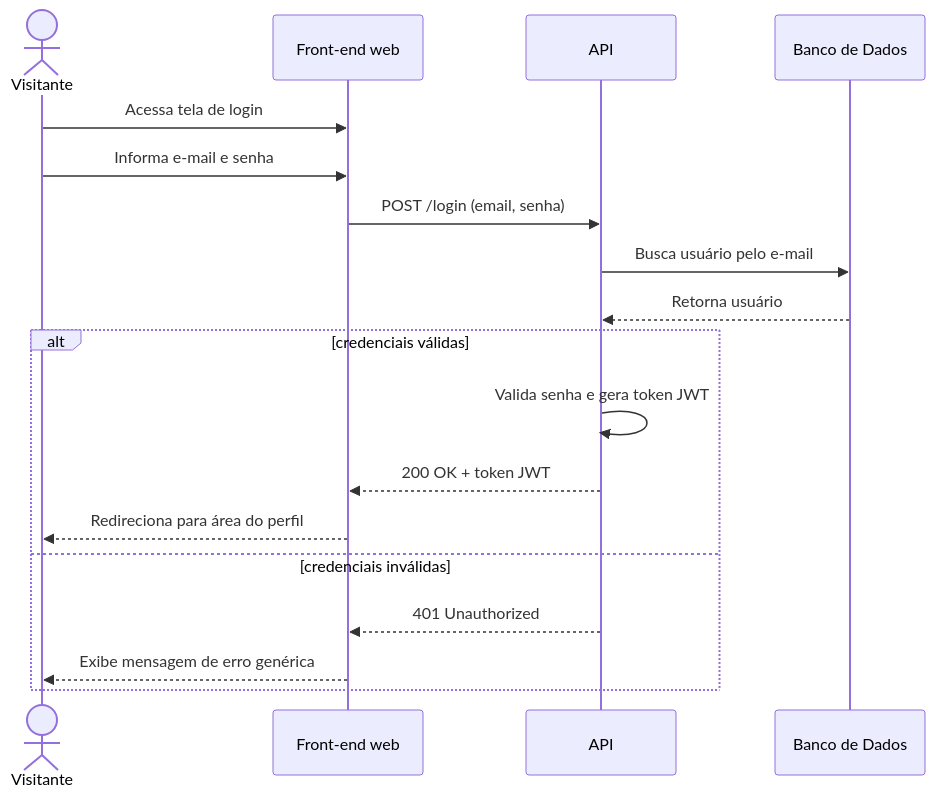
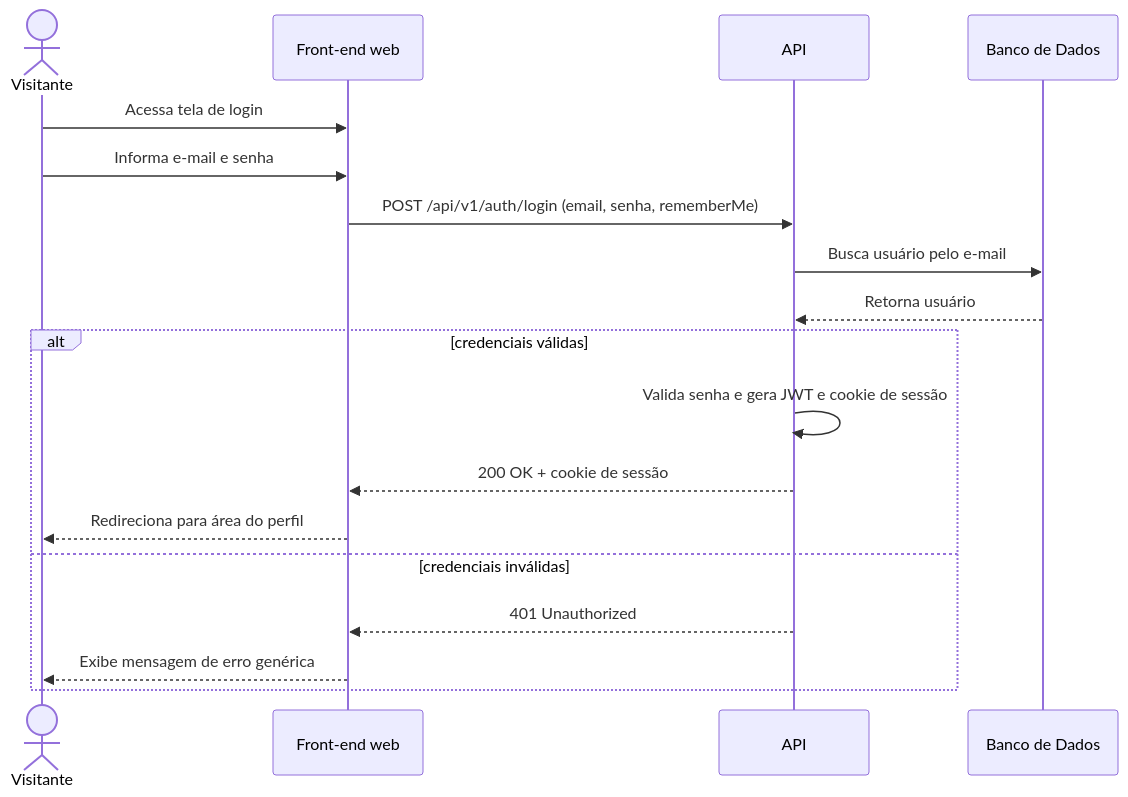
The diagram in docs/ssd/UC005-realizar-login.md (Plataforma-de-Cursos-TCC/plataforma-cursos-docs), drawn with Mermaid before and after one commit. The commit also changed other lines of this file and 16 other files, not shown here.

````diff
--- a/docs/ssd/UC005-realizar-login.md
+++ b/docs/ssd/UC005-realizar-login.md
@@ -5,21 +5,21 @@
 ```mermaid
 sequenceDiagram
     actor Visitante
     participant FE as Front-end web
     participant API
     participant DB as Banco de Dados
 
     Visitante->>FE: Acessa tela de login
     Visitante->>FE: Informa e-mail e senha
-    FE->>API: POST /login (email, senha)
+    FE->>API: POST /api/v1/auth/login (email, senha, rememberMe)
     API->>DB: Busca usuário pelo e-mail
     DB-->>API: Retorna usuário
     alt credenciais válidas
-        API->>API: Valida senha e gera token JWT
-        API-->>FE: 200 OK + token JWT
+        API->>API: Valida senha e gera JWT e cookie de sessão
+        API-->>FE: 200 OK + cookie de sessão
         FE-->>Visitante: Redireciona para área do perfil
     else credenciais inválidas
         API-->>FE: 401 Unauthorized
         FE-->>Visitante: Exibe mensagem de erro genérica
     end
 ```
````
